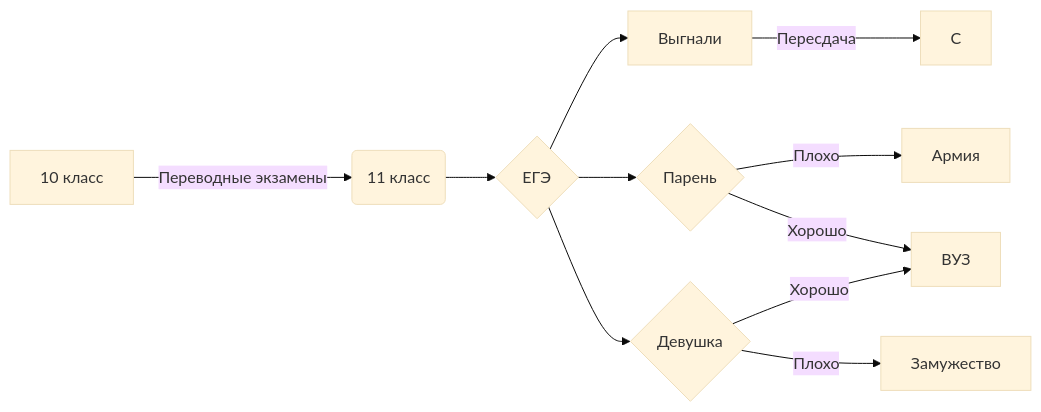
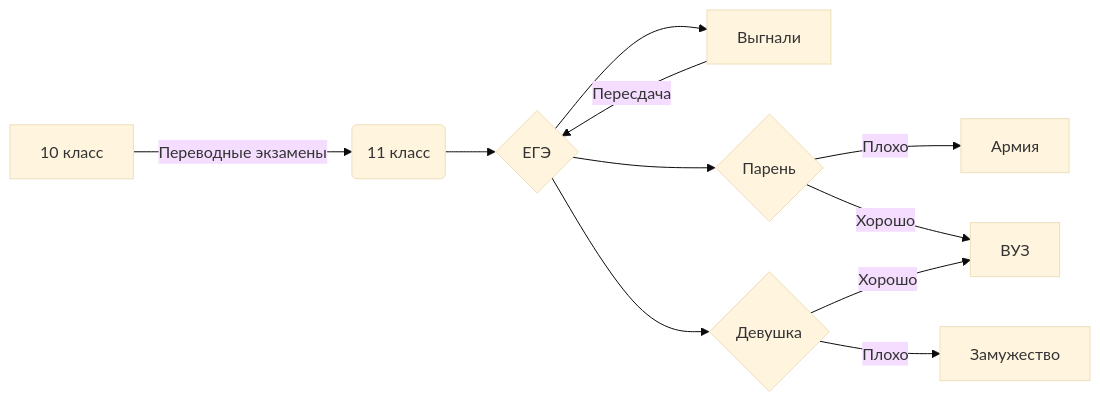
One commit to AnastasiaTrofimova/132 changed the diagram in README.md. Above: the diagram before and after it, drawn with Mermaid (base theme). The commit also changed other lines of this file, not shown here.

````diff
--- a/README.md
+++ b/README.md
@@ -46,14 +39,14 @@
 ```mermaid
 flowchart LR
 
 A[10 класс] -->|Переводные экзамены| B(11 класс)
 B --> C{ЕГЭ}
 C-->K[Выгнали]
-K-->|Пересдача| С
+K-->|Пересдача| C
 C--> D{Парень}
 D-->|Плохо| H[Армия]
 D-->|Хорошо| F[ВУЗ]
 C-->E{Девушка}
 E -->|Хорошо| F[ВУЗ]
 E -->|Плохо| G[Замужество]
 ```
````
